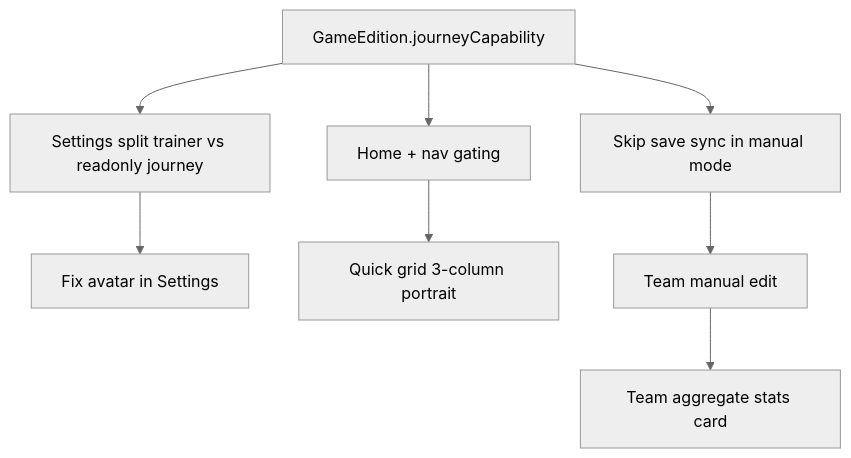
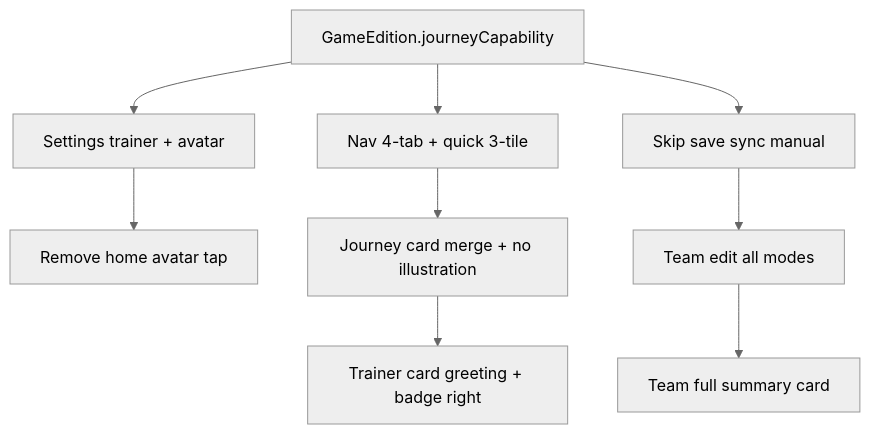
One commit to Tito-XD/tito-dex changed the diagram in docs/JOURNEY_PROFILE_PLAN.md. Above: the diagram before and after it, drawn with Mermaid (neutral theme). The commit also changed other lines of this file and 4 other files, not shown here.

First line of the commit message:
docs: refine journey plan — merge journey card, trainer UX, Sleep, team summary

````diff
--- a/docs/JOURNEY_PROFILE_PLAN.md
+++ b/docs/JOURNEY_PROFILE_PLAN.md
@@ -213,10 +281,11 @@
 ```mermaid
 flowchart TD
-  A[GameEdition.journeyCapability] --> B[Settings split trainer vs readonly journey]
-  A --> C[Home + nav gating]
-  A --> D[Skip save sync in manual mode]
-  B --> E[Fix avatar in Settings]
-  C --> F[Quick grid 3-column portrait]
-  D --> G[Team manual edit]
-  G --> H[Team aggregate stats card]
+  A[GameEdition.journeyCapability] --> B[Settings trainer + avatar]
+  A --> C[Nav 4-tab + quick 3-tile]
+  A --> D[Skip save sync manual]
+  B --> E[Remove home avatar tap]
+  C --> F[Journey card merge + no illustration]
+  F --> G[Trainer card greeting + badge right]
+  D --> H[Team edit all modes]
+  H --> I[Team full summary card]
 ```
````
